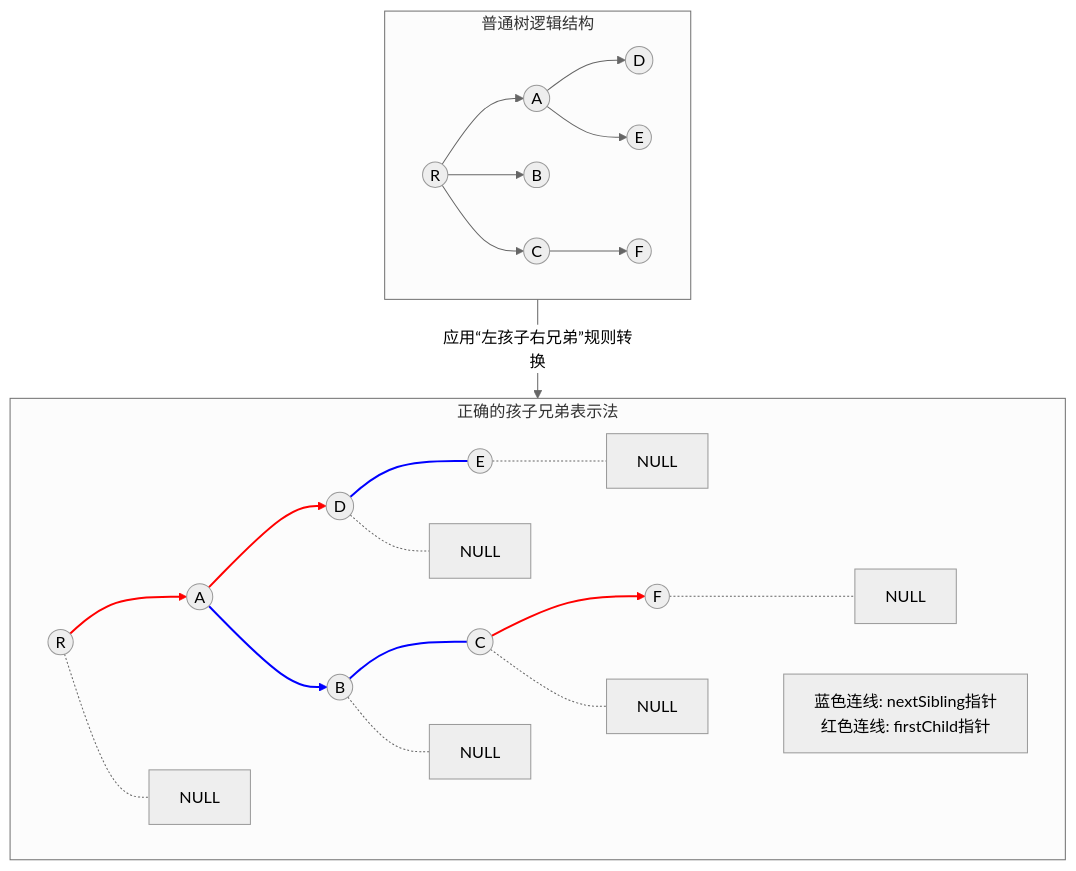
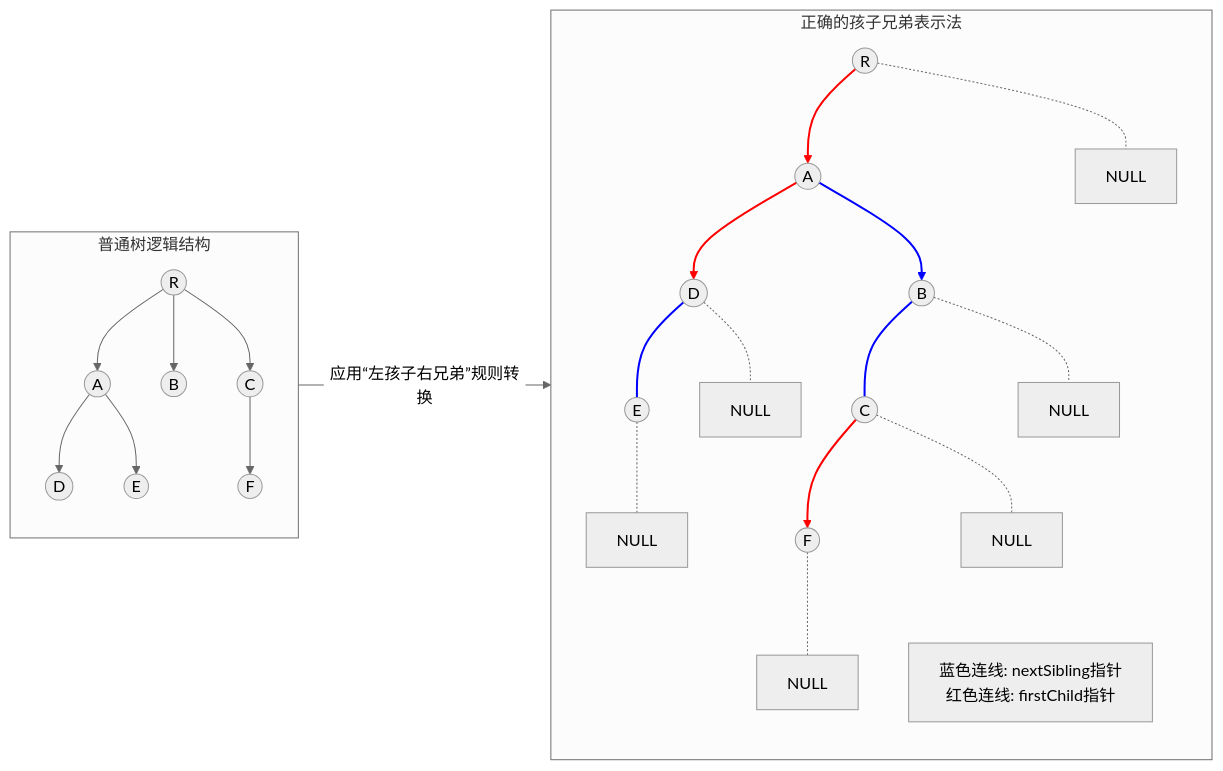
One commit to mujin-lin/mujin-blog changed the tenth of 17 diagrams in docs/10.软考/10.软件设计师/10.数据结构与算法/15.树.md. Above: the diagram before and after it, drawn with Mermaid (neutral theme). The commit also changed other lines of this file, not shown here.

````diff
--- a/docs/10.软考/10.软件设计师/10.数据结构与算法/15.树.md
+++ b/docs/10.软考/10.软件设计师/10.数据结构与算法/15.树.md
@@ -597,39 +602,39 @@
     ```mermaid
-    flowchart TD
+    flowchart LR
     subgraph S1 [普通树逻辑结构]
         R1((R)) --> A1((A))
         R1 --> B1((B))
         R1 --> C1((C))
         A1 --> D1((D))
         A1 --> E1((E))
         C1 --> F1((F))
     end
 
     S1 -- 应用“左孩子右兄弟”规则转换 --> S2
 
     subgraph S2 [正确的孩子兄弟表示法]
         R2((R)) --> A2((A))
         R2 -.- R2_n[NULL]
         A2 --> D2((D))
         A2 --> B2((B))
 
         B2 --- C2((C))
         C2 --> F2((F))
         C2 -.- C2_n[NULL]
 
         D2 --- E2((E))
         D2 -.- D2_n[NULL]
         E2 -.- E2_n[NULL]
         F2 -.- F2_n[NULL]
         B2 -.- B2_n[NULL]
 
         linkStyle 7 stroke:red,stroke-width:2px
         linkStyle 9 stroke:red,stroke-width:2px
         linkStyle 10 stroke:blue,stroke-width:2px
         linkStyle 11 stroke:blue,stroke-width:2px
         linkStyle 12 stroke:red,stroke-width:2px
         linkStyle 14 stroke:blue,stroke-width:2px
 
         Note1[蓝色连线: nextSibling指针<br>红色连线: firstChild指针]
     end
     ```
````
